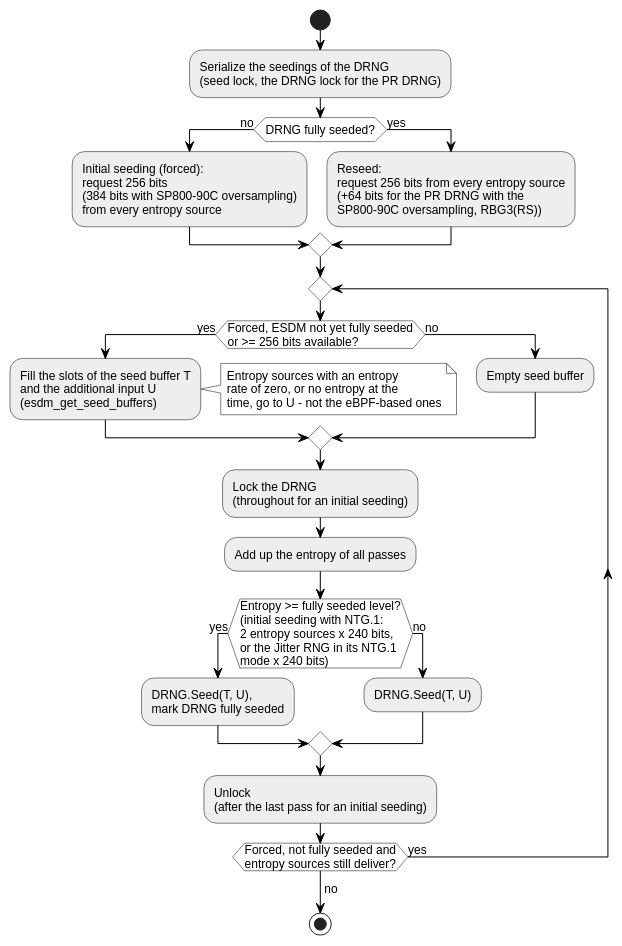
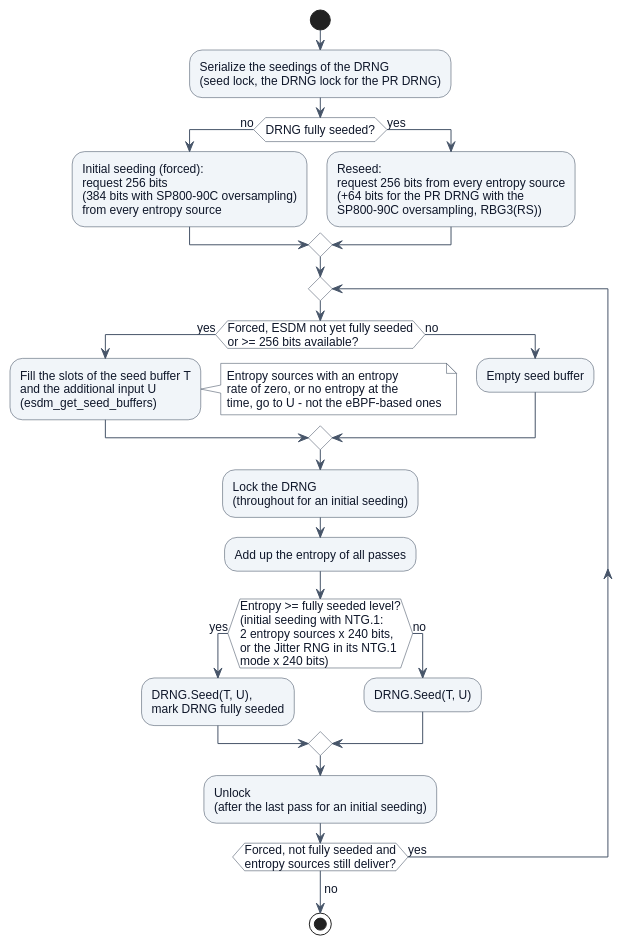
Before and after one commit to thillux/esdm: the diagram in doc/typst/figures/drng-seeding.puml, drawn with PlantUML. The commit also changed 41 other files, not shown here.

```diff
--- a/doc/typst/figures/drng-seeding.puml
+++ b/doc/typst/figures/drng-seeding.puml
@@ -1,57 +1,58 @@
 @startuml
 ' Seeding of one DRNG instance: esdm_drng_seed_es() with the emergency
 ' reseeding loop and esdm_drng_reseed_seed_locked() (esdm/esdm_drng_mgr.c),
 ' the seed buffers of esdm_get_seed_buffers() (esdm/esdm_es_mgr.c)
 skinparam defaultFontName "Liberation Sans"
+skinparam defaultFontColor #0F172A
 skinparam defaultFontSize 12
 skinparam shadowing false
-skinparam ArrowColor #000000
-skinparam ActivityBorderColor #000000
-skinparam ActivityBackgroundColor #EEEEEE
+skinparam ArrowColor #475569
+skinparam ActivityBorderColor #334155
+skinparam ActivityBackgroundColor #F1F5F9
 skinparam ActivityDiamondBackgroundColor #FFFFFF
-skinparam ActivityDiamondBorderColor #000000
+skinparam ActivityDiamondBorderColor #334155
 skinparam NoteBackgroundColor #FFFFFF
-skinparam NoteBorderColor #000000
+skinparam NoteBorderColor #334155
 
 start
 :Serialize the seedings of the DRNG
 (seed lock, the DRNG lock for the PR DRNG);
 if (DRNG fully seeded?) then (no)
   :Initial seeding (forced):
   request 256 bits
   (384 bits with SP800-90C oversampling)
   from every entropy source;
 else (yes)
   :Reseed:
   request 256 bits from every entropy source
   (+64 bits for the PR DRNG with the
   SP800-90C oversampling, RBG3(RS));
 endif
 repeat
   if (Forced, ESDM not yet fully seeded\nor >= 256 bits available?) then (yes)
     :Fill the slots of the seed buffer T
     and the additional input U
     (esdm_get_seed_buffers);
     note right
       Entropy sources with an entropy
       rate of zero, or no entropy at the
       time, go to U - not the eBPF-based ones
     end note
   else (no)
     :Empty seed buffer;
   endif
   :Lock the DRNG
   (throughout for an initial seeding);
   :Add up the entropy of all passes;
   if (Entropy >= fully seeded level?\n(initial seeding with NTG.1:\n2 entropy sources x 240 bits,\nor the Jitter RNG in its NTG.1\nmode x 240 bits)) then (yes)
     :DRNG.Seed(T, U),
     mark DRNG fully seeded;
   else (no)
     :DRNG.Seed(T, U);
   endif
   :Unlock
   (after the last pass for an initial seeding);
 repeat while (Forced, not fully seeded and\nentropy sources still deliver?) is (yes)
 -> no;
 stop
 @enduml
```
